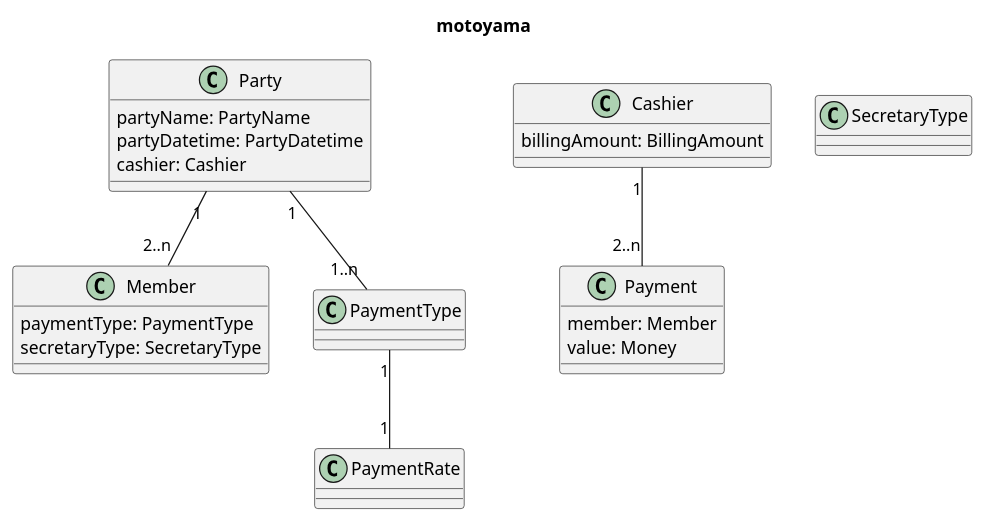
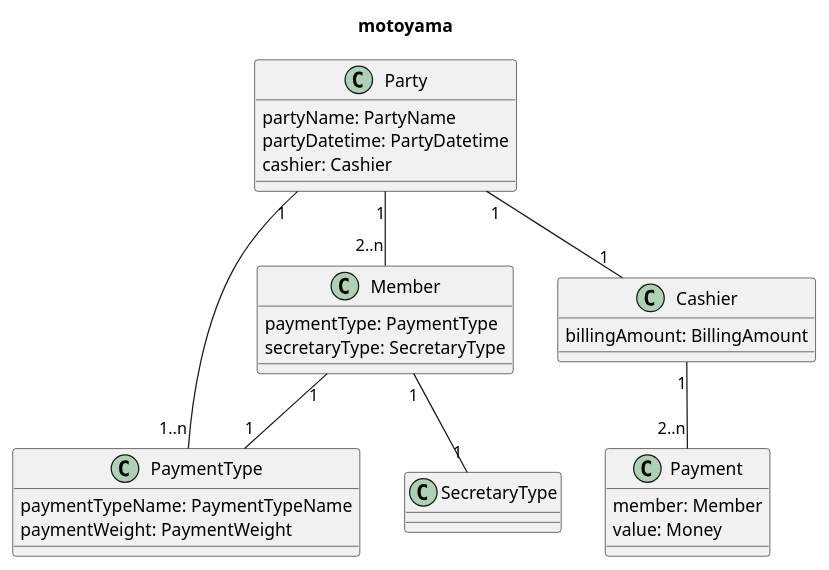
One commit to KanameMotoyama/warikan-domain-java changed the fourth of 7 diagrams in README.md. Above: the diagram before and after it, drawn with PlantUML. The commit also changed other lines of this file and 3 other files, not shown here.

````diff
--- a/README.md
+++ b/README.md
@@ -197,30 +208,34 @@
 ```plantuml
 title:motoyama
 class Party {
   partyName: PartyName
   partyDatetime: PartyDatetime
   cashier: Cashier
 }
 class Member {
   paymentType: PaymentType
   secretaryType: SecretaryType
 }
-class PaymentType
-class PaymentRate
+class PaymentType {
+  paymentTypeName: PaymentTypeName
+  paymentWeight: PaymentWeight
+}
 class Payment {
   member: Member
   value: Money
 }
 class Cashier {
   billingAmount: BillingAmount
 }
 class SecretaryType {
 
 }
 
 Party "1" -- "2..n" Member
 Cashier "1" -- "2..n" Payment
 Party "1" -- "1..n" PaymentType
-PaymentType "1" -- "1" PaymentRate
+Party "1" -- "1" Cashier
+Member "1" -- "1" PaymentType
+Member "1" -- "1" SecretaryType
 
 ```
````
